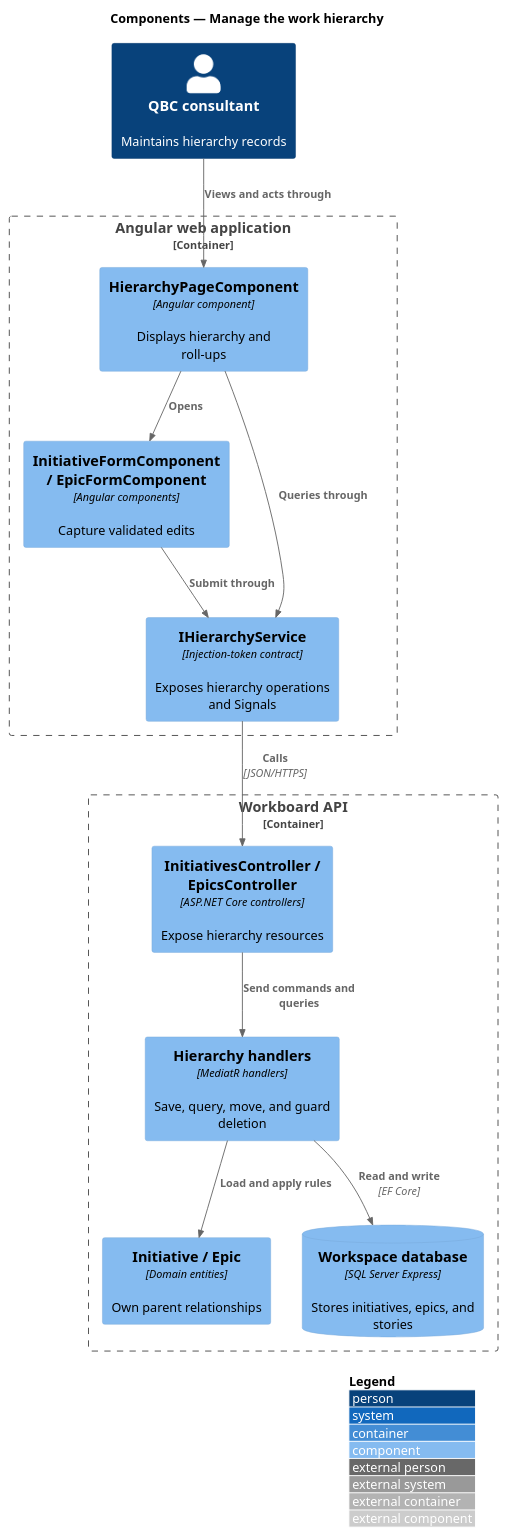
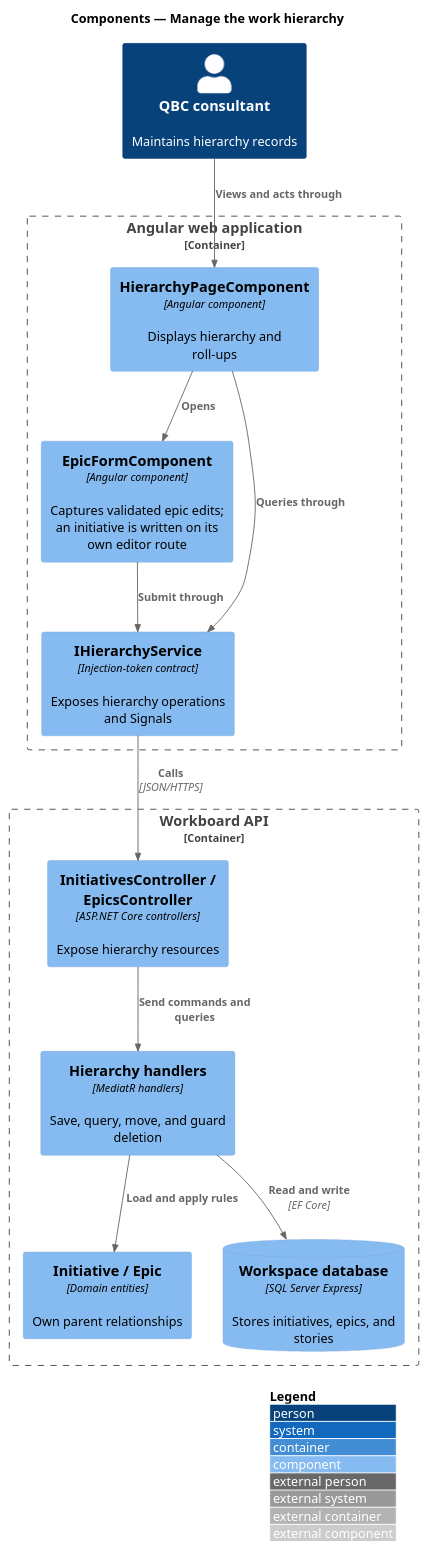
One commit to QuinntyneBrown/quinntyne-brown-consulting changed the diagram in docs/detailed-designs/work-items/manage-work-hierarchy/diagrams/c4-component.puml. Above: the diagram before and after it, drawn with PlantUML. The commit also changed 48 other files, not shown here.

```diff
--- a/docs/detailed-designs/work-items/manage-work-hierarchy/diagrams/c4-component.puml
+++ b/docs/detailed-designs/work-items/manage-work-hierarchy/diagrams/c4-component.puml
@@ -1,27 +1,27 @@
 @startuml
 !include <C4/C4_Component>
 LAYOUT_WITH_LEGEND()
 title Components — Manage the work hierarchy
 
 Person(consultant, "QBC consultant", "Maintains hierarchy records")
 Container_Boundary(spa, "Angular web application") {
   Component(page, "HierarchyPageComponent", "Angular component", "Displays hierarchy and roll-ups")
-  Component(forms, "InitiativeFormComponent / EpicFormComponent", "Angular components", "Capture validated edits")
+  Component(forms, "EpicFormComponent", "Angular component", "Captures validated epic edits; an initiative is written on its own editor route")
   Component(service, "IHierarchyService", "Injection-token contract", "Exposes hierarchy operations and Signals")
 }
 Container_Boundary(api, "Workboard API") {
   Component(controllers, "InitiativesController / EpicsController", "ASP.NET Core controllers", "Expose hierarchy resources")
   Component(handlers, "Hierarchy handlers", "MediatR handlers", "Save, query, move, and guard deletion")
   Component(domain, "Initiative / Epic", "Domain entities", "Own parent relationships")
   ComponentDb(db, "Workspace database", "SQL Server Express", "Stores initiatives, epics, and stories")
 }
 
 Rel(consultant, page, "Views and acts through")
 Rel(page, forms, "Opens")
 Rel(page, service, "Queries through")
 Rel(forms, service, "Submit through")
 Rel(service, controllers, "Calls", "JSON/HTTPS")
 Rel(controllers, handlers, "Send commands and queries")
 Rel(handlers, domain, "Load and apply rules")
 Rel(handlers, db, "Read and write", "EF Core")
 @enduml
```
